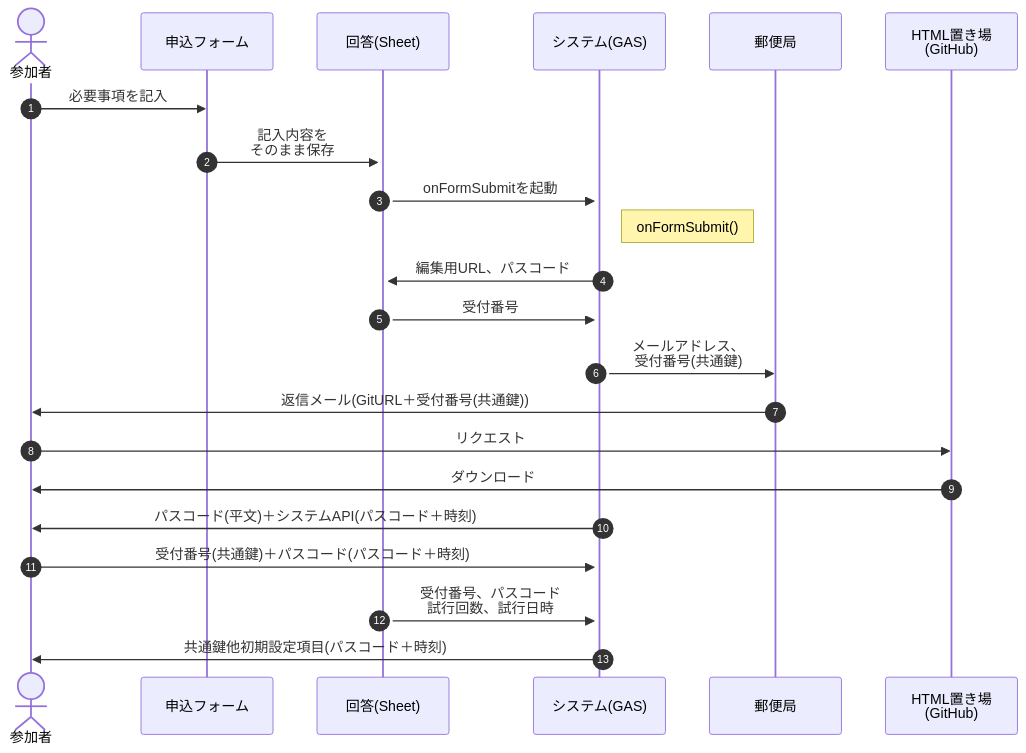
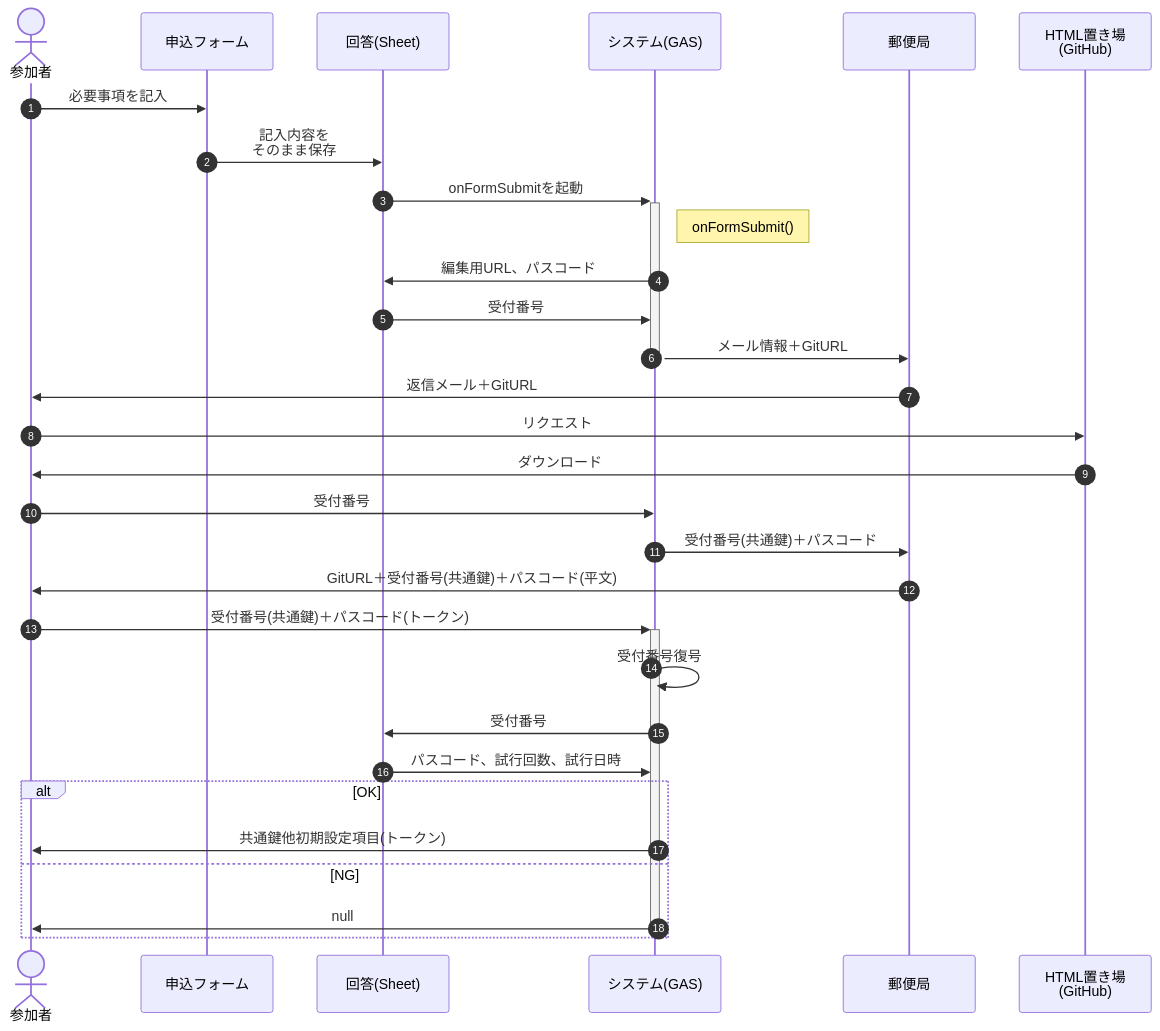
Before and after one commit to nakaone/EventStaff: the second of 6 diagrams in README.md, drawn with Mermaid. The commit also changed other lines of this file, not shown here.

Commit message:
参加申込の際の処理手順を見直し

````diff
--- a/README.md
+++ b/README.md
@@ -114,27 +114,36 @@
 ```mermaid
 
 sequenceDiagram
   autonumber
   actor guest as 参加者
   participant form as 申込フォーム
   participant answer as 回答(Sheet)
   participant gas as システム(GAS)
   participant post as 郵便局
   participant git as HTML置き場<br>(GitHub)
 
   guest->>form    : 必要事項を記入
-  form->>+answer   : 記入内容を<br>そのまま保存
+  form->>answer   : 記入内容を<br>そのまま保存
   answer->>+gas    : onFormSubmitを起動
   Note right of gas: onFormSubmit()
   gas->>answer : 編集用URL、パスコード
   answer->>gas : 受付番号
-  gas->>post : メールアドレス、<br>受付番号(共通鍵)
-  post->>guest : 返信メール(GitURL＋受付番号(共通鍵))
+  gas->>-post : メール情報＋GitURL
+  post->>guest : 返信メール＋GitURL
   guest->>git : リクエスト
   git->>guest : ダウンロード
-  gas->>guest : パスコード(平文)＋システムAPI(パスコード＋時刻)
-  guest->>gas : 受付番号(共通鍵)＋パスコード(パスコード＋時刻)
-  answer->>gas : 受付番号、パスコード<br>試行回数、試行日時
-  gas->>guest : 共通鍵他初期設定項目(パスコード＋時刻)
+  guest->>gas : 受付番号
+
+  gas->>post : 受付番号(共通鍵)＋パスコード
+  post->>guest : GitURL＋受付番号(共通鍵)＋パスコード(平文)
+  guest->>+gas : 受付番号(共通鍵)＋パスコード(トークン)
+  gas->>gas : 受付番号復号
+  gas->>answer : 受付番号
+  answer->>gas : パスコード、試行回数、試行日時
+  alt OK
+    gas->>guest : 共通鍵他初期設定項目(トークン)
+  else NG
+    gas->>-guest : null
+  end
 
 ```
````
